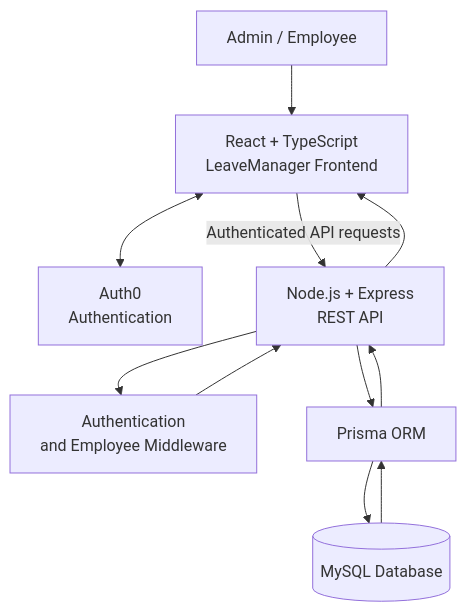
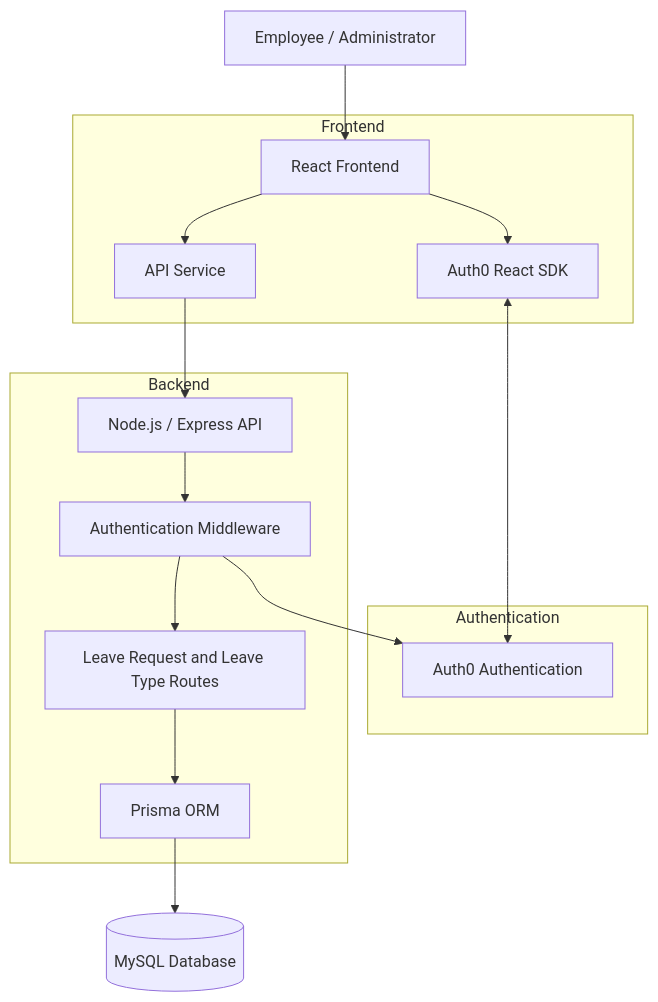
Before and after one commit to Anamikasn/Leave-Management-System: the diagram in README.md, drawn with Mermaid. The commit also changed other lines of this file, not shown here.

````diff
--- a/README.md
+++ b/README.md
@@ -91,21 +48,34 @@
 ```mermaid
 flowchart TD
-    User["Admin / Employee"]
-    Frontend["React + TypeScript<br/>LeaveManager Frontend"]
-    Auth0["Auth0<br/>Authentication"]
-    Backend["Node.js + Express<br/>REST API"]
-    Middleware["Authentication<br/>and Employee Middleware"]
-    Prisma["Prisma ORM"]
-    Database[("MySQL Database")]
+    User[Employee / Administrator]
 
-    User --> Frontend
-    Frontend <--> Auth0
-    Frontend -->|"Authenticated API requests"| Backend
-    Backend --> Middleware
-    Middleware --> Backend
-    Backend --> Prisma
-    Prisma --> Database
-    Database --> Prisma
-    Prisma --> Backend
-    Backend --> Frontend
+    subgraph Frontend
+        UI[React Frontend]
+        Auth0SDK[Auth0 React SDK]
+        API[API Service]
+    end
+
+    subgraph Authentication
+        Auth0[Auth0 Authentication]
+    end
+
+    subgraph Backend
+        Express[Node.js / Express API]
+        Middleware[Authentication Middleware]
+        Routes[Leave Request and Leave Type Routes]
+        Prisma[Prisma ORM]
+    end
+
+    DB[(MySQL Database)]
+
+    User --> UI
+    UI --> Auth0SDK
+    Auth0SDK <--> Auth0
+    UI --> API
+    API --> Express
+    Express --> Middleware
+    Middleware --> Auth0
+    Middleware --> Routes
+    Routes --> Prisma
+    Prisma --> DB
 ```
````
